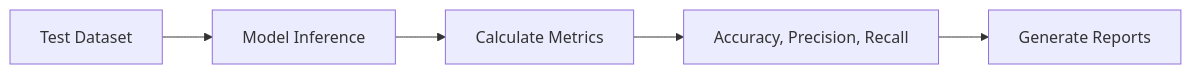
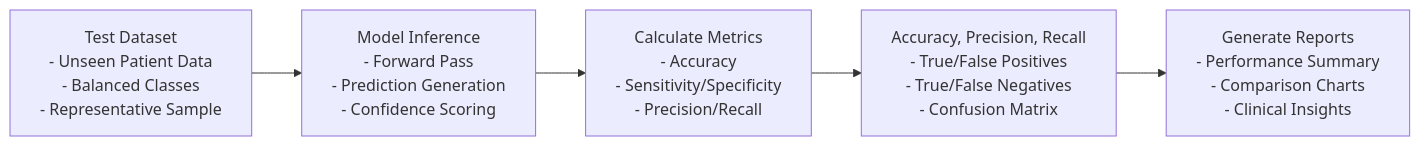
One commit to prathameshatkare/Final_Cystic_fibrosis_project changed diagram 12 of 17 in DIAGRAMS.md. Above: the diagram before and after it, drawn with Mermaid. The commit also changed other lines of this file, not shown here.

Commit message:
diagrams

````diff
--- a/DIAGRAMS.md
+++ b/DIAGRAMS.md
@@ -166,7 +210,7 @@
 ```mermaid
 graph LR
-    A[Test Dataset] --> B[Model Inference]
-    B --> C[Calculate Metrics]
-    C --> D[Accuracy, Precision, Recall]
-    D --> E[Generate Reports]
+    A[Test Dataset<br/>- Unseen Patient Data<br/>- Balanced Classes<br/>- Representative Sample] --> B[Model Inference<br/>- Forward Pass<br/>- Prediction Generation<br/>- Confidence Scoring]
+    B --> C[Calculate Metrics<br/>- Accuracy<br/>- Sensitivity/Specificity<br/>- Precision/Recall]
+    C --> D[Accuracy, Precision, Recall<br/>- True/False Positives<br/>- True/False Negatives<br/>- Confusion Matrix]
+    D --> E[Generate Reports<br/>- Performance Summary<br/>- Comparison Charts<br/>- Clinical Insights]
 ```
````
